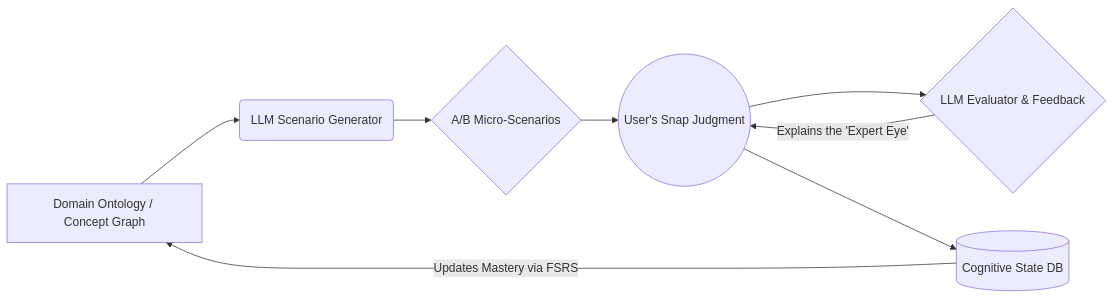
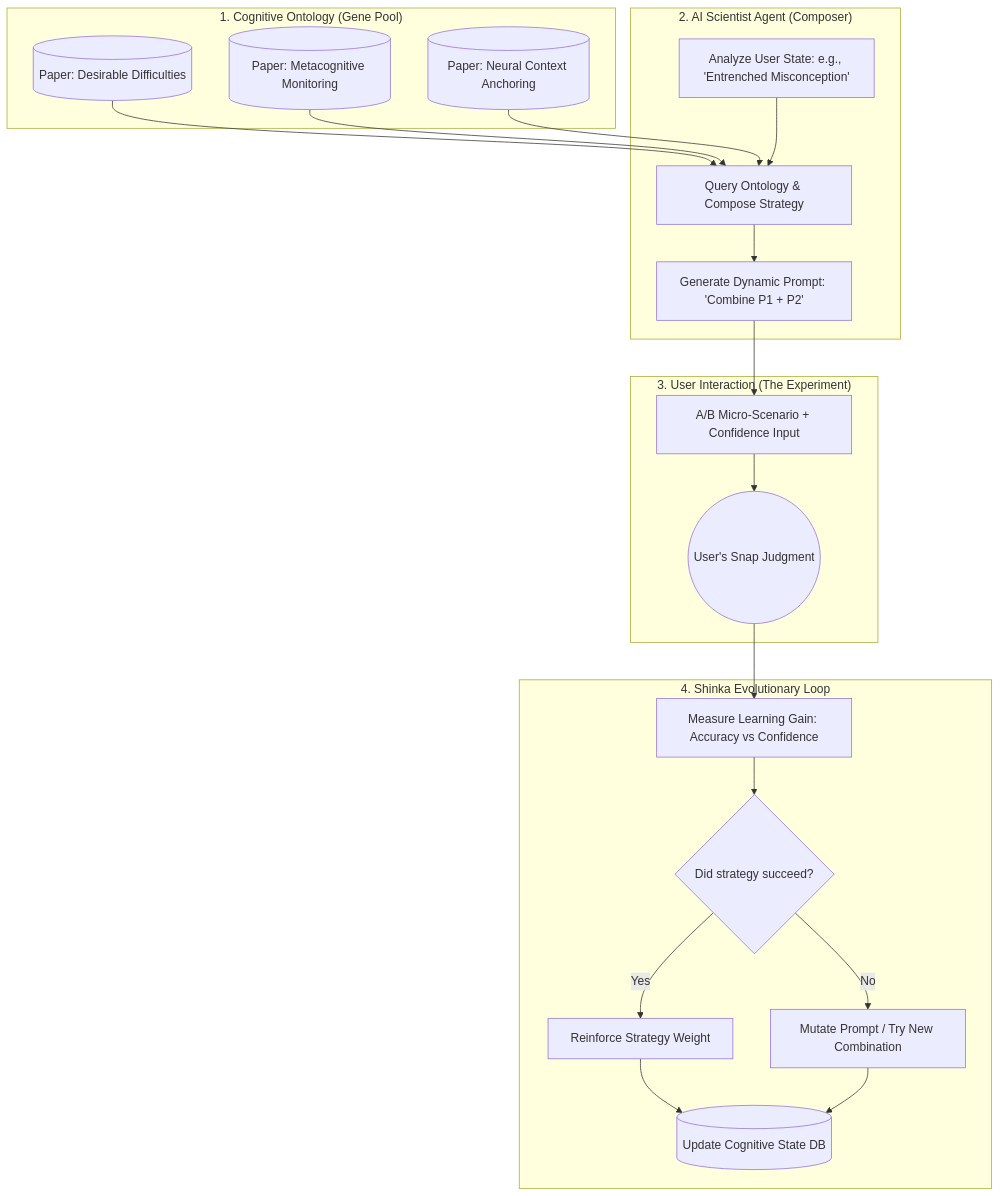
Before and after one commit to nakamura26002002921-a11y/Kankaku: the diagram in README.md, drawn with Mermaid. The commit also changed other lines of this file, not shown here.

````diff
--- a/README.md
+++ b/README.md
@@ -47,10 +45,38 @@
 ```mermaid
-graph LR
-    A[Domain Ontology / Concept Graph] --> B(LLM Scenario Generator)
-    B --> C{A/B Micro-Scenarios}
-    C --> D((User's Snap Judgment))
-    D --> E{LLM Evaluator & Feedback}
-    E -->|Explains the 'Expert Eye'| D
-    D --> F[(Cognitive State DB)]
-    F -->|Updates Mastery via FSRS| A
+graph TD
+    subgraph "1. Cognitive Ontology (Gene Pool)"
+        P1[(Paper: Desirable Difficulties)]
+        P2[(Paper: Metacognitive Monitoring)]
+        P3[(Paper: Neural Context Anchoring)]
+    end
+
+    subgraph "2. AI Scientist Agent (Composer)"
+        A[Analyze User State: e.g., 'Entrenched Misconception']
+        B[Query Ontology & Compose Strategy]
+        C[Generate Dynamic Prompt: 'Combine P1 + P2']
+    end
+
+    subgraph "3. User Interaction (The Experiment)"
+        D[A/B Micro-Scenario + Confidence Input]
+        E((User's Snap Judgment))
+    end
+
+    subgraph "4. Shinka Evolutionary Loop"
+        F[Measure Learning Gain: Accuracy vs Confidence]
+        G{Did strategy succeed?}
+        G -->|Yes| H[Reinforce Strategy Weight]
+        G -->|No| I[Mutate Prompt / Try New Combination]
+        H --> J[(Update Cognitive State DB)]
+        I --> J
+    end
+
+    P1 --> B
+    P2 --> B
+    P3 --> B
+    A --> B
+    B --> C
+    C --> D
+    D --> E
+    E --> F
+    F --> G
 ```
````
